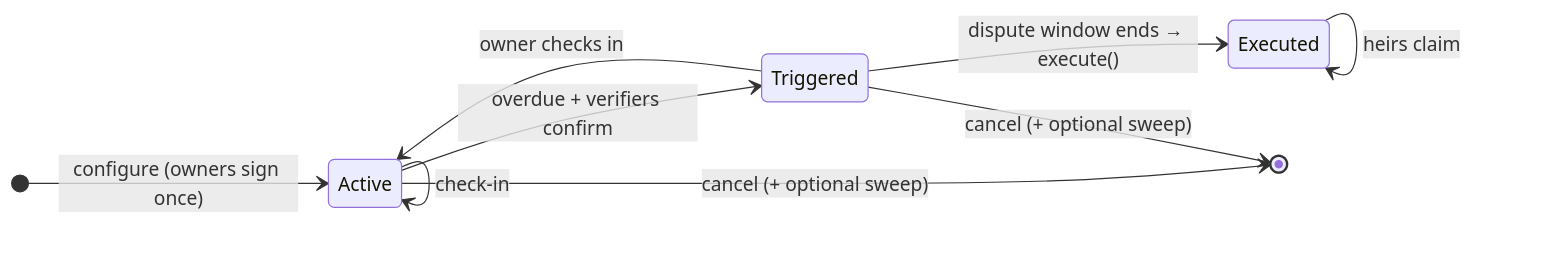
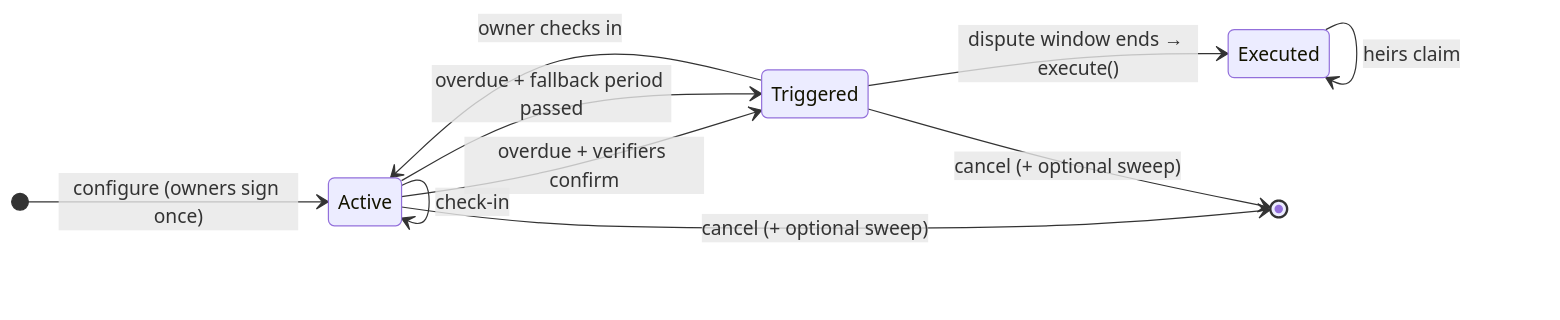
One commit to 0xwills/0xwills changed the second of 2 diagrams in README.md. Above: the diagram before and after it, drawn with Mermaid. The commit also changed other lines of this file, not shown here.

Commit message:
docs: README for v4 (fallback, still-here, new address)

````diff
--- a/README.md
+++ b/README.md
@@ -74,12 +75,13 @@
 ```mermaid
 stateDiagram-v2
     direction LR
     [*] --> Active: configure (owners sign once)
     Active --> Active: check-in
     Active --> Triggered: overdue + verifiers confirm
+    Active --> Triggered: overdue + fallback period passed
     Triggered --> Active: owner checks in
     Triggered --> Executed: dispute window ends → execute()
     Active --> [*]: cancel (+ optional sweep)
     Triggered --> [*]: cancel (+ optional sweep)
     Executed --> Executed: heirs claim
 ```
````
